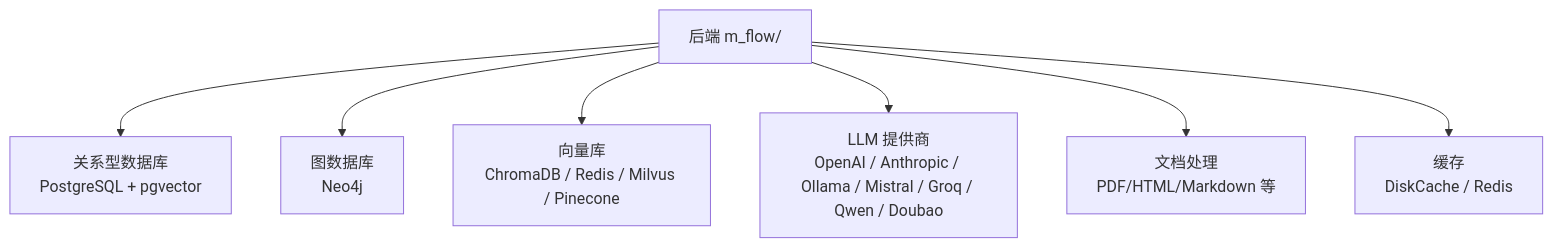
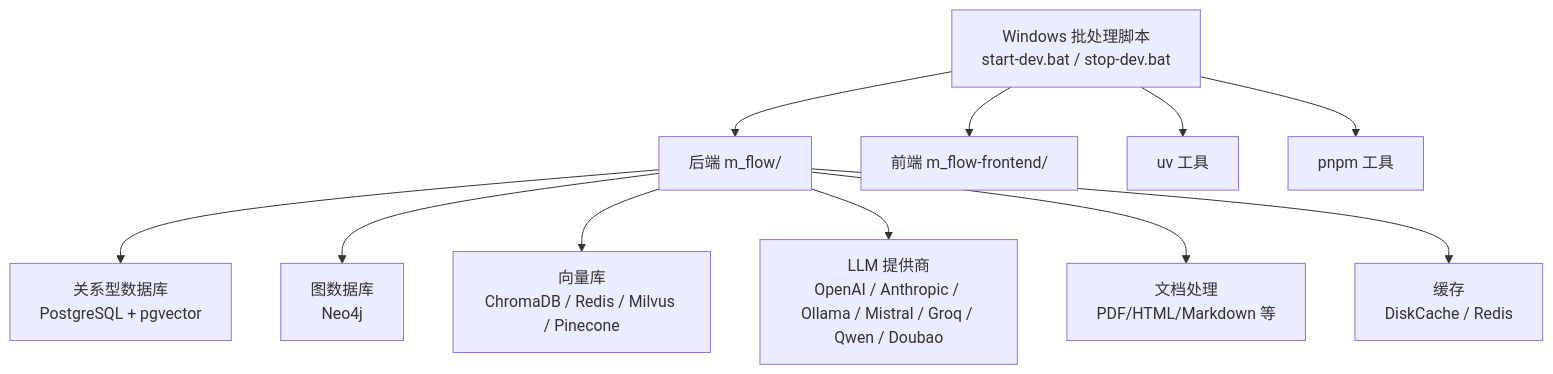
One commit to alvinwangzi/m_flow changed the third of 3 diagrams in .qoder/repowiki/zh/content/开发指南/开发环境搭建.md. Above: the diagram before and after it, drawn with Mermaid. The commit also changed other lines of this file and 38 other files, not shown here.

````diff
--- a/.qoder/repowiki/zh/content/开发指南/开发环境搭建.md
+++ b/.qoder/repowiki/zh/content/开发指南/开发环境搭建.md
@@ -178,9 +246,13 @@
 ```mermaid
 graph TB
 BF["后端 m_flow/"] --> DB1["关系型数据库<br/>PostgreSQL + pgvector"]
 BF --> DB2["图数据库<br/>Neo4j"]
 BF --> DB3["向量库<br/>ChromaDB / Redis / Milvus / Pinecone"]
 BF --> LLM["LLM 提供商<br/>OpenAI / Anthropic / Ollama / Mistral / Groq / Qwen / Doubao"]
 BF --> DOC["文档处理<br/>PDF/HTML/Markdown 等"]
 BF --> CACHE["缓存<br/>DiskCache / Redis"]
+WS["Windows 批处理脚本<br/>start-dev.bat / stop-dev.bat"] --> BF
+WS --> FE["前端 m_flow-frontend/"]
+WS --> UV["uv 工具"]
+WS --> PNPM["pnpm 工具"]
 ```
````
